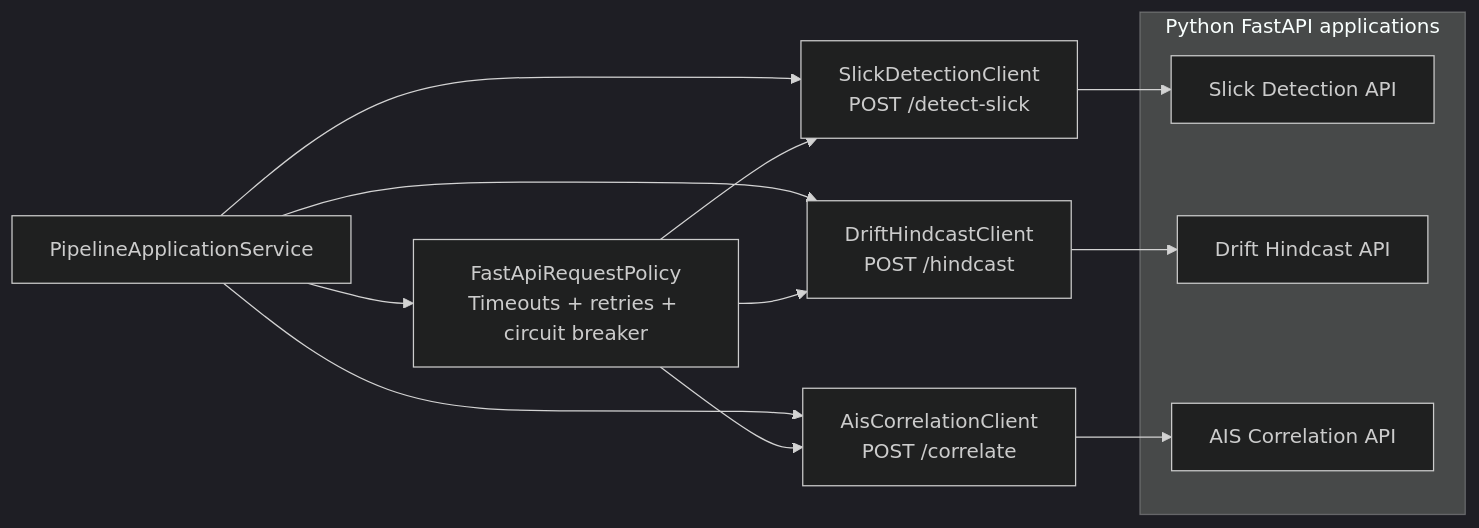
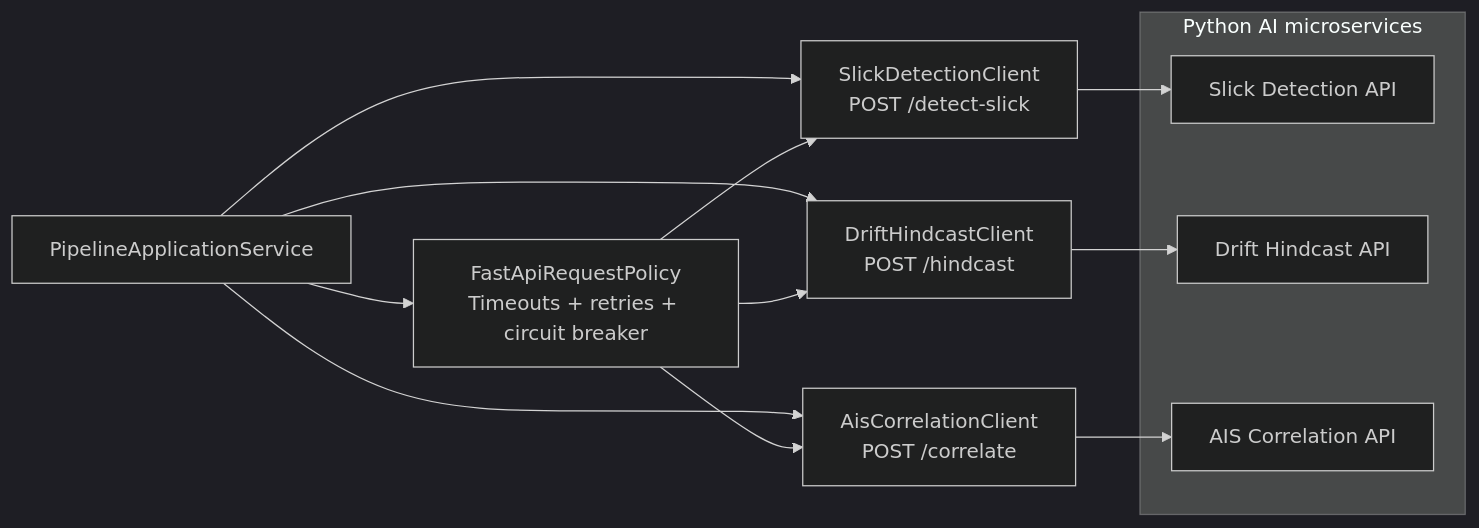
Before and after one commit to ankushkumar14092-dot/sih-architecture: diagram 13 of 25 in ai-ml-maritime-oil-spill-architecture.md, drawn with Mermaid (dark theme). The commit also changed other lines of this file and 1 other file, not shown here.

Commit message:
Document FastAPI architecture and implementation plan

````diff
--- a/ai-ml-maritime-oil-spill-architecture.md
+++ b/ai-ml-maritime-oil-spill-architecture.md
@@ -862,25 +862,25 @@
 ```mermaid
 flowchart LR
     ORCH["PipelineApplicationService"]
     POLICY["FastApiRequestPolicy\nTimeouts + retries + circuit breaker"]
     DETCLIENT["SlickDetectionClient\nPOST /detect-slick"]
     HINCLIENT["DriftHindcastClient\nPOST /hindcast"]
     AISC["AisCorrelationClient\nPOST /correlate"]
 
-    subgraph FASTAPI["Python FastAPI applications"]
+    subgraph FASTAPI["Python AI microservices"]
         DETAPI["Slick Detection API"]
         HINAPI["Drift Hindcast API"]
         AISAPI["AIS Correlation API"]
     end
 
     ORCH --> POLICY
     ORCH --> DETCLIENT
     ORCH --> HINCLIENT
     ORCH --> AISC
     POLICY --> DETCLIENT
     POLICY --> HINCLIENT
     POLICY --> AISC
     DETCLIENT --> DETAPI
     HINCLIENT --> HINAPI
     AISC --> AISAPI
 ```
````
